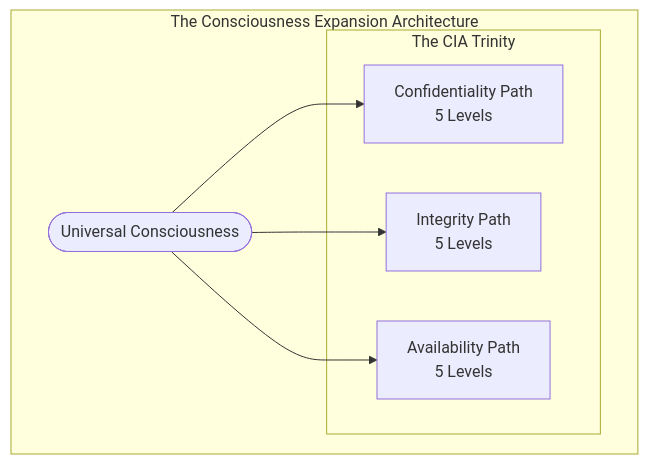
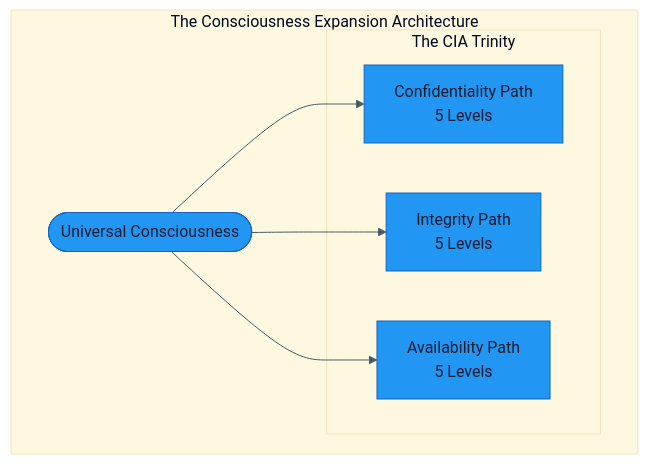
One commit to Hack23/homepage changed the diagram in DISCORDIAN_AGENTS_GUIDE.md. Above: the diagram before and after it, drawn with Mermaid. The commit also changed 30 other files, not shown here.

First line of the commit message:
Fix broken mermaid diagrams and add consistent theming to all 115 blocks

````diff
--- a/DISCORDIAN_AGENTS_GUIDE.md
+++ b/DISCORDIAN_AGENTS_GUIDE.md
@@ -83,16 +83,17 @@
 ```mermaid
+%%{init: {"theme": "base", "themeVariables": {"primaryColor": "#2196F3", "primaryTextColor": "#1a1a2e", "lineColor": "#455A64", "secondaryColor": "#e8f5e9", "tertiaryColor": "#fff8e1", "primaryBorderColor": "#1565C0"}}}%%
 graph TB
     subgraph "The Consciousness Expansion Architecture"
         Universe([Universal Consciousness]):::universe
         
         subgraph "The CIA Trinity"
             C[Confidentiality Path<br/>5 Levels]:::confidentiality
             I[Integrity Path<br/>5 Levels]:::integrity
             A[Availability Path<br/>5 Levels]:::availability
         end
         
         Universe --> C
         Universe --> I
         Universe --> A
     end
 ```
````
